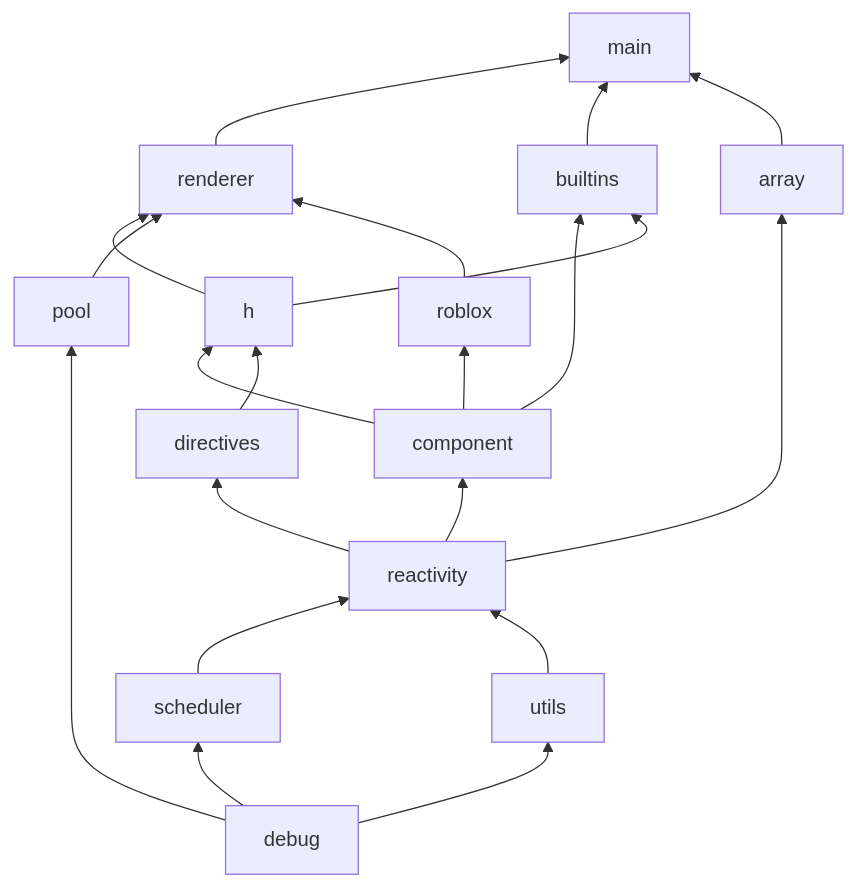
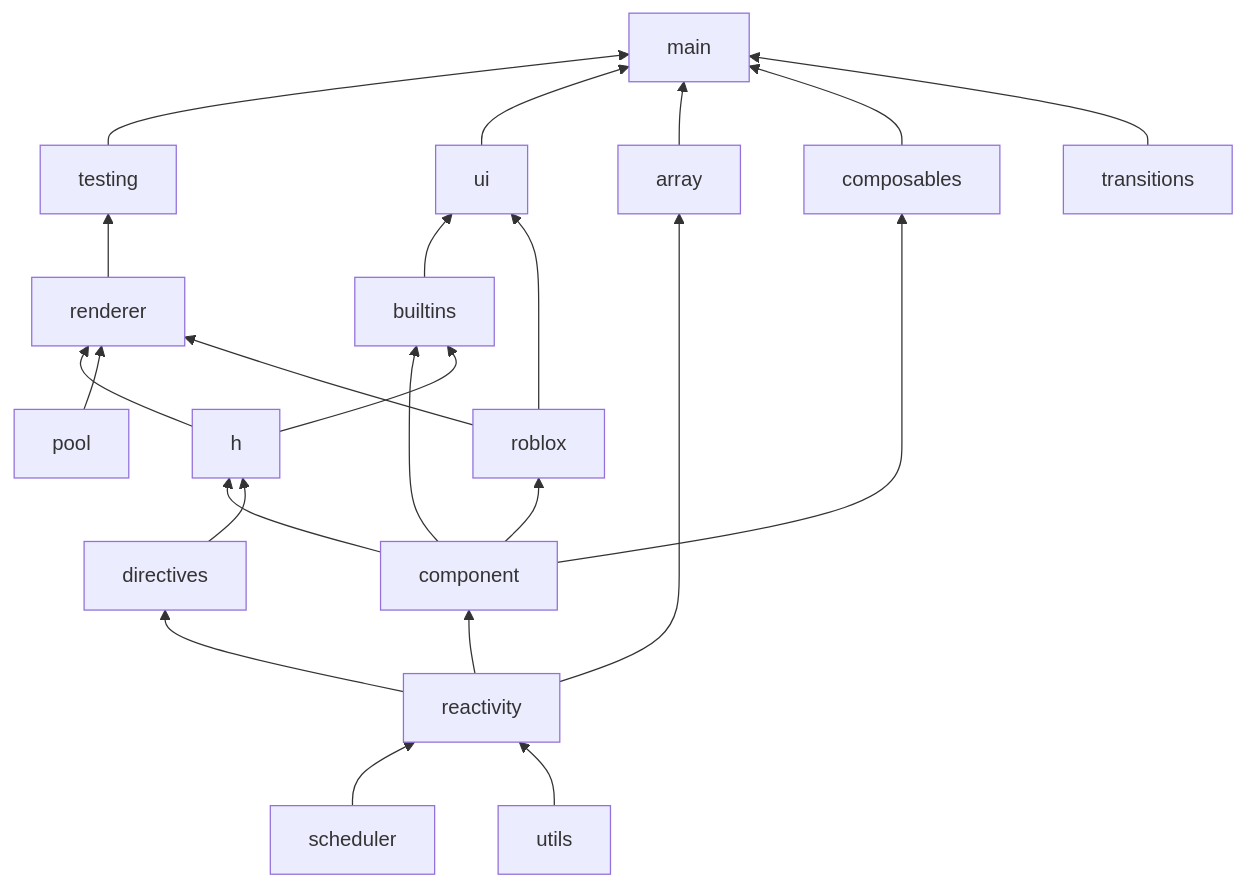
One commit to linhisreal/Rivue changed the first of 6 diagrams in docs/ARCHITECTURE.md. Above: the diagram before and after it, drawn with Mermaid. The commit also changed other lines of this file and 1 other file, not shown here.

Commit message:
docs(architecture): update module graph, add errors, Remote and Router sections

````diff
--- a/docs/ARCHITECTURE.md
+++ b/docs/ARCHITECTURE.md
@@ -34,22 +49,25 @@
 ```mermaid
 flowchart BT
-    debug --> utils
-    debug --> scheduler
     scheduler --> reactivity
     utils --> reactivity
     reactivity --> array
     reactivity --> component
     reactivity --> directives
     component --> h
     directives --> h
-    debug --> pool
+    component --> composables
     component --> roblox
     component --> builtins
     h --> builtins
     h --> renderer
     pool --> renderer
     roblox --> renderer
-    renderer --> main
-    builtins --> main
+    builtins --> ui
+    roblox --> ui
+    renderer --> testing
+    testing --> main
+    ui --> main
     array --> main
+    composables --> main
+    transitions --> main
 ```
````
